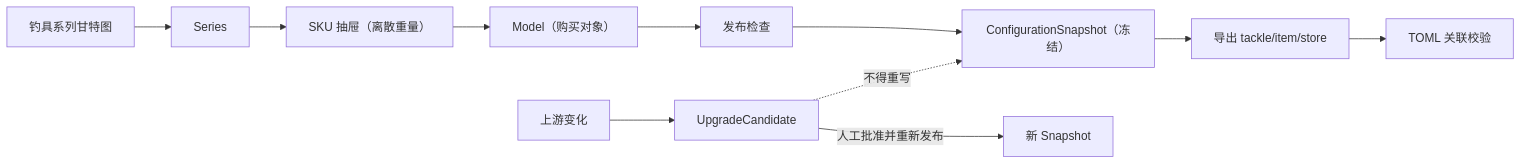
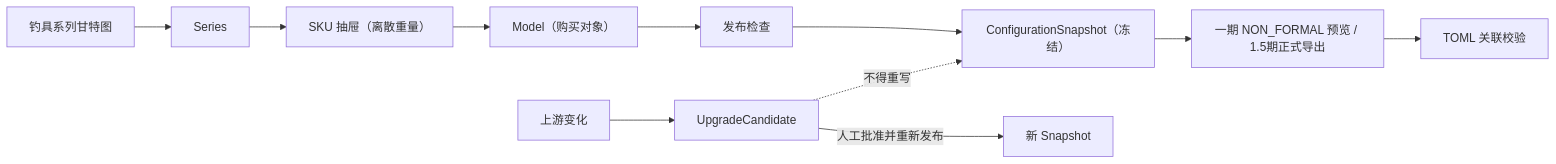
One commit to futouyiba/tackle-forger changed the diagram in docs/ux/tackle-forger-product-design-completion-v3.md. Above: the diagram before and after it, drawn with Mermaid. The commit also changed other lines of this file and 5 other files, not shown here.

````diff
--- a/docs/ux/tackle-forger-product-design-completion-v3.md
+++ b/docs/ux/tackle-forger-product-design-completion-v3.md
@@ -16,13 +16,13 @@
 ```mermaid
 flowchart LR
   G["钓具系列甘特图"] --> S["Series"]
   S --> K["SKU 抽屉（离散重量）"]
   K --> M["Model（购买对象）"]
   M --> P["发布检查"]
   P --> F["ConfigurationSnapshot（冻结）"]
-  F --> E["导出 tackle/item/store"]
+  F --> E["一期 NON_FORMAL 预览 / 1.5期正式导出"]
   E --> V["TOML 关联校验"]
   U["上游变化"] --> C["UpgradeCandidate"]
   C -->|人工批准并重新发布| F2["新 Snapshot"]
   C -.不得重写.-> F
 ```
````
